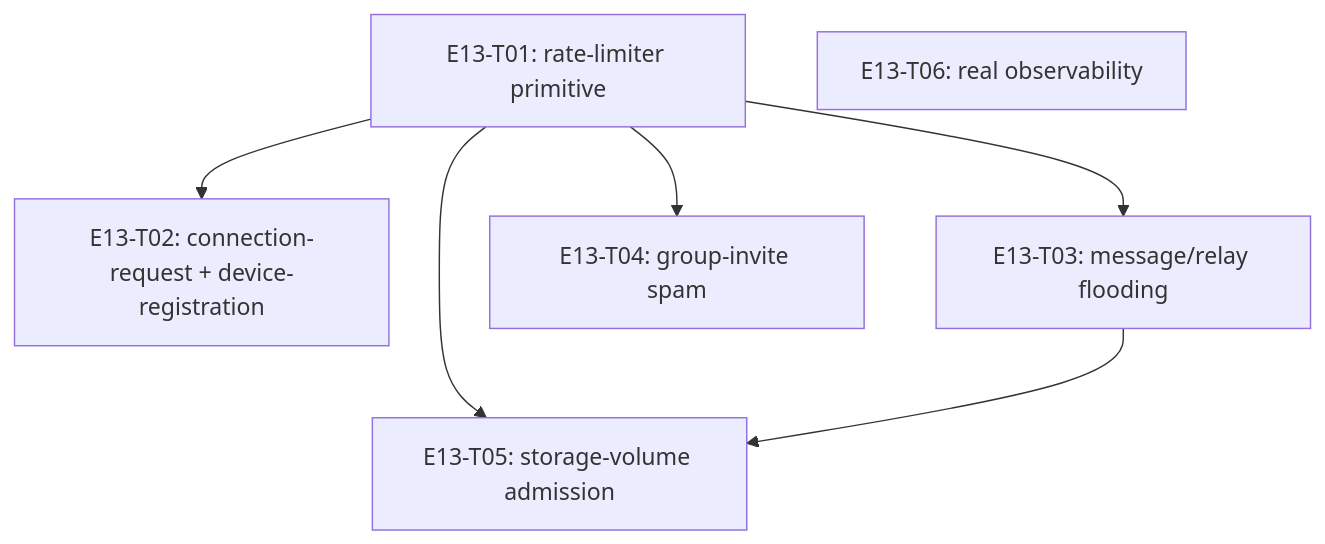
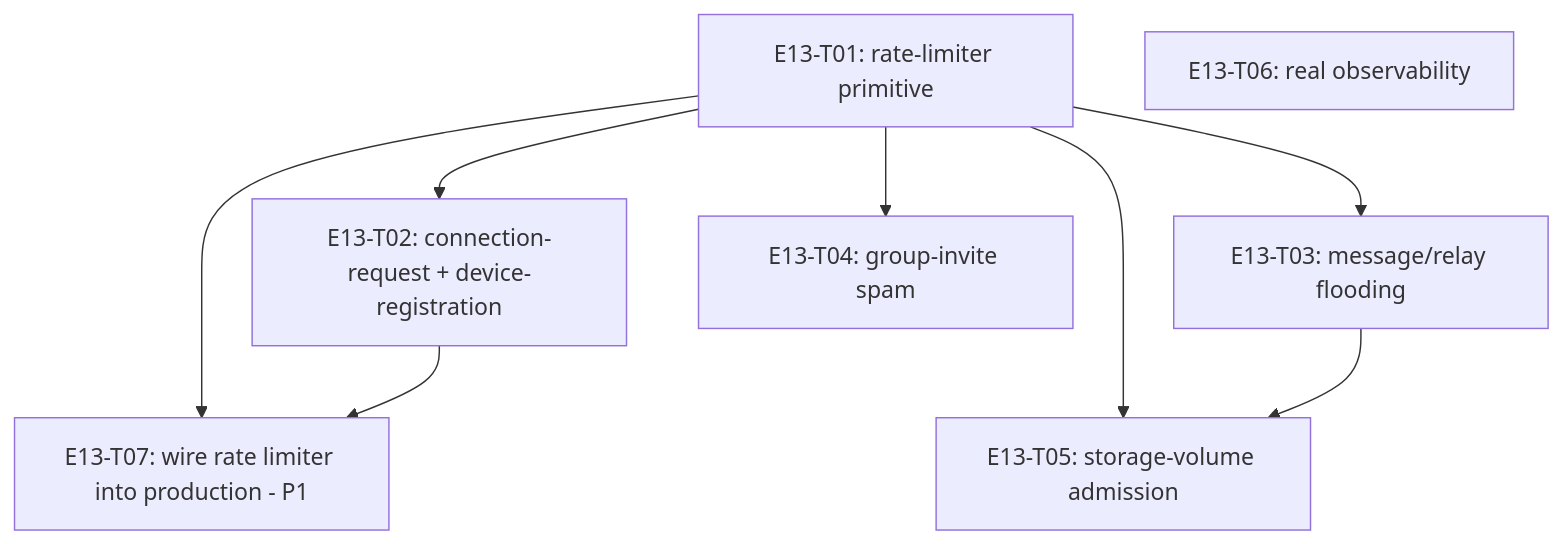
One commit to SHAJED99/nexora changed the diagram in epics/E13-abuse-diagnostics/tracker.md. Above: the diagram before and after it, drawn with Mermaid. The commit also changed other lines of this file and 2 other files, not shown here.

First line of the commit message:
docs(E13): file T07 (wire rate limiter into production, P1) + progress update

````diff
--- a/epics/E13-abuse-diagnostics/tracker.md
+++ b/epics/E13-abuse-diagnostics/tracker.md
@@ -20,15 +24,18 @@
 ```mermaid
 graph TD
   T01[E13-T01: rate-limiter primitive]
   T02[E13-T02: connection-request + device-registration]
   T03[E13-T03: message/relay flooding]
   T04[E13-T04: group-invite spam]
   T05[E13-T05: storage-volume admission]
   T06[E13-T06: real observability]
+  T07[E13-T07: wire rate limiter into production - P1]
 
   T01 --> T02
   T01 --> T03
   T01 --> T04
   T01 --> T05
   T03 --> T05
+  T01 --> T07
+  T02 --> T07
 ```
````
